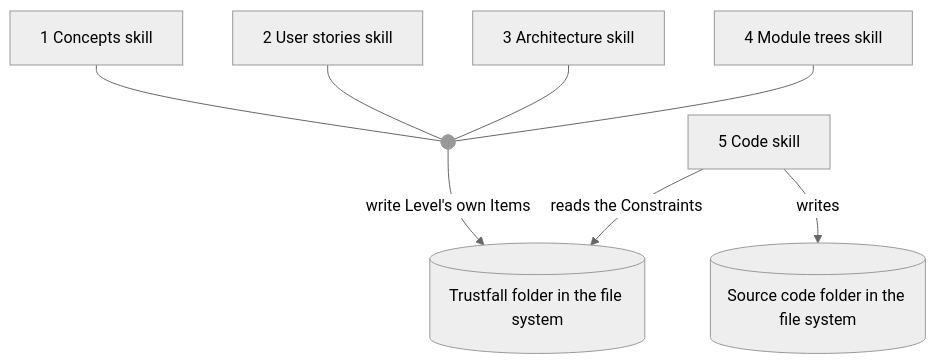
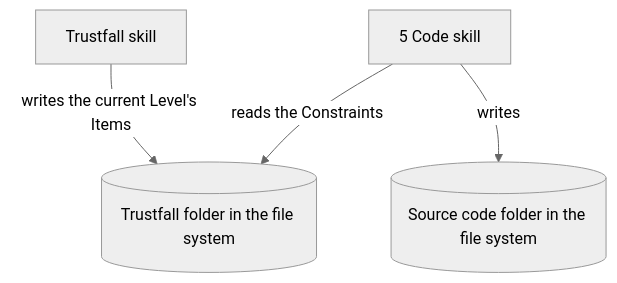
Before and after one commit to jehna/trustfall: the second of 3 diagrams in trustfall/3-architecture.md, drawn with Mermaid (neutral theme). The commit also changed other lines of this file and 2 other files, not shown here.

Commit message:
Widen Verdict, Trustfall skill writes and validates Items, vocabulary rule

````diff
--- a/trustfall/3-architecture.md
+++ b/trustfall/3-architecture.md
@@ -19,15 +19,10 @@
 ```mermaid
 flowchart TD
-  concepts[1 Concepts skill]
-  stories[2 User stories skill]
-  architecture[3 Architecture skill]
-  modules[4 Module trees skill]
+  trustfall[Trustfall skill]
   code[5 Code skill]
-  write@{ shape: f-circ }
   levels[(Trustfall folder in the file system)]
   source[(Source code folder in the file system)]
-  concepts & stories & architecture & modules --- write
-  write -- write Level's own Items --> levels
+  trustfall -- writes the current Level's Items --> levels
   code -- reads the Constraints --> levels
   code -- writes --> source
 ```
````
